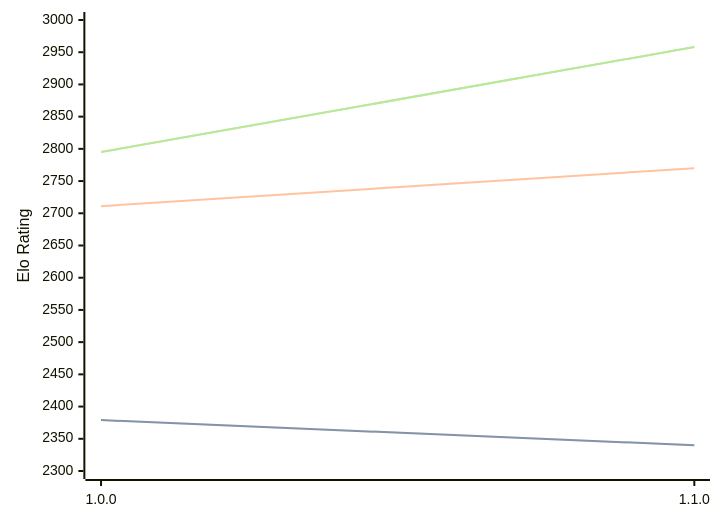
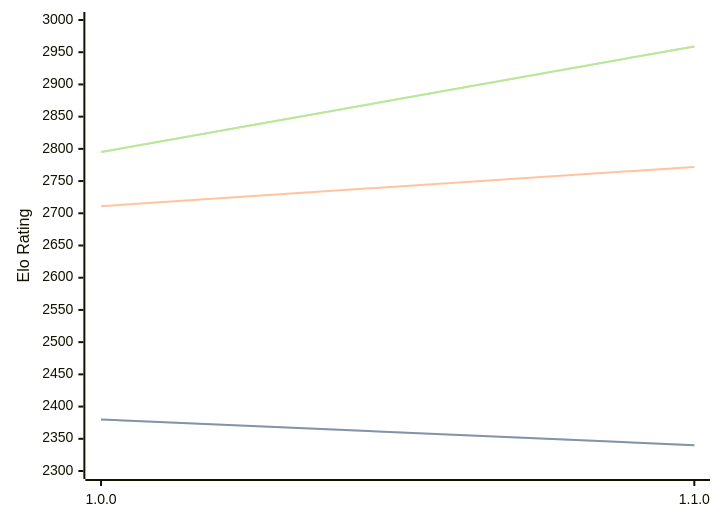
Before and after one commit to computer-chess-index/cci: the diagram in engines/ShallowGuess.md, drawn with Mermaid. The commit also changed other lines of this file, not shown here.

Commit message:
Update CCI Ratings (ELO VLTC) - 2026-05-15

````diff
--- a/engines/ShallowGuess.md
+++ b/engines/ShallowGuess.md
@@ -36,11 +36,11 @@
 ```mermaid
 %%{init: {"theme":"base","themeVariables":{"seriesColors:['#a3a3a3','#222221','#faa371']}}}%%
 xychart-beta
   x-axis ["1.0.0", "1.1.0"]
   y-axis "Elo Rating" 2300 --> 3000
-  line "STC (8.0+0.08s)" [2379, 2340]
-  line "STC (8.0+0.08s)" [2379, 2340]
-  line "LTC (60.0+0.60s)" [2711, 2770]
-  line "VLTC (2m24s+1.12s)" [2795, 2958]
-  line "VLTC (2m24s+1.12s)" [2795, 2958]
+  line "STC (8.0+0.08s)" [2380, 2340]
+  line "STC (8.0+0.08s)" [2380, 2340]
+  line "LTC (60.0+0.60s)" [2711, 2772]
+  line "VLTC (2m24s+1.12s)" [2795, 2959]
+  line "VLTC (2m24s+1.12s)" [2795, 2959]
 ```
````
